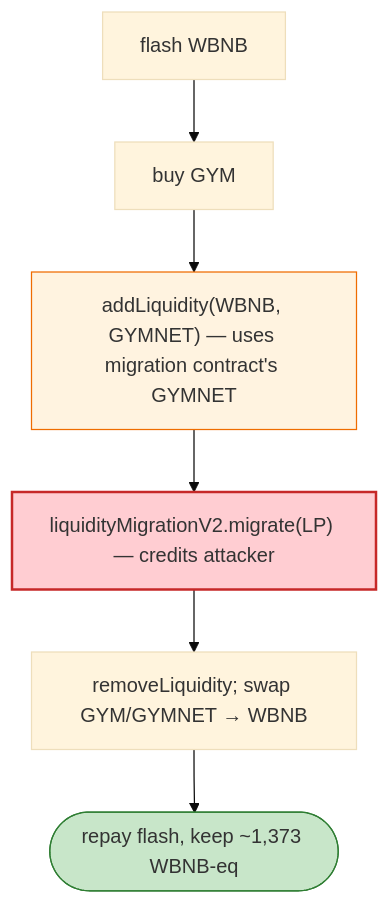
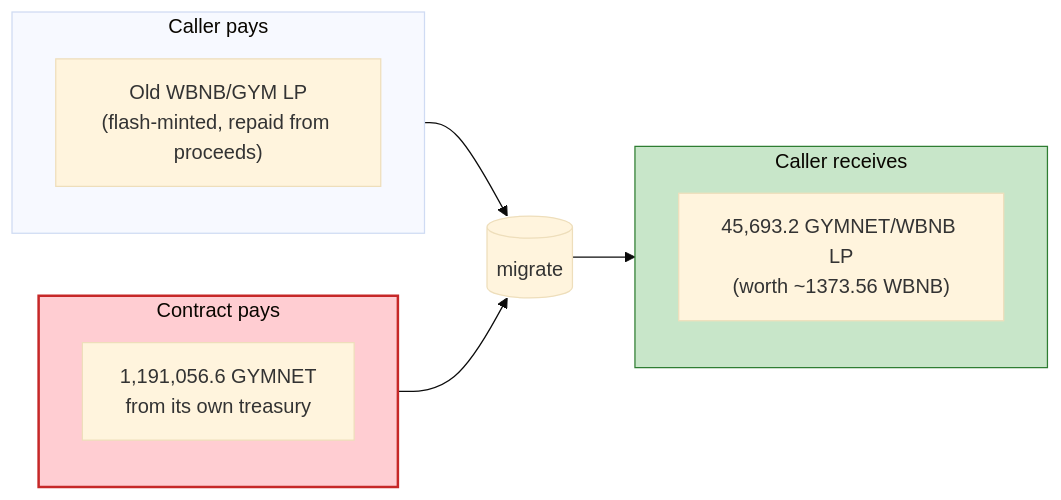
Before and after one commit to sanbir/evm-hack-registry: the fourth of 4 diagrams in 2022-04-Gym_1_exp/Gym_1_exp.md, drawn with Mermaid (base theme). The commit also changed other lines of this file and 52 other files, not shown here.

````diff
--- a/2022-04-Gym_1_exp/Gym_1_exp.md
+++ b/2022-04-Gym_1_exp/Gym_1_exp.md
@@ -58,12 +282,18 @@
 ```mermaid
-flowchart TD
-    FL["flash WBNB"] --> BUY["buy GYM"]
-    BUY --> AL["addLiquidity(WBNB, GYMNET) — uses migration contract's GYMNET"]
-    AL --> MIG["liquidityMigrationV2.migrate(LP) — credits attacker"]
-    MIG --> RM["removeLiquidity; swap GYM/GYMNET → WBNB"]
-    RM --> OUT(["repay flash, keep ~1,373 WBNB-eq"])
+flowchart LR
+    subgraph Caller["Caller pays"]
+        C1["Old WBNB/GYM LP<br/>(flash-minted, repaid from proceeds)"]
+    end
+    subgraph Contract["Contract pays"]
+        P1["1,191,056.6 GYMNET<br/>from its own treasury"]
+    end
+    subgraph Receiver["Caller receives"]
+        R1["45,693.2 GYMNET/WBNB LP<br/>(worth ~1373.56 WBNB)"]
+    end
+    Caller --> Migrate[("migrate")]
+    Contract --> Migrate
+    Migrate --> Receiver
 
-    style AL fill:#fff3e0,stroke:#ef6c00
-    style MIG fill:#ffcdd2,stroke:#c62828,stroke-width:2px
-    style OUT fill:#c8e6c9,stroke:#2e7d32
+    style Contract fill:#ffcdd2,stroke:#c62828,stroke-width:2px
+    style Receiver fill:#c8e6c9,stroke:#2e7d32
 ```
````
